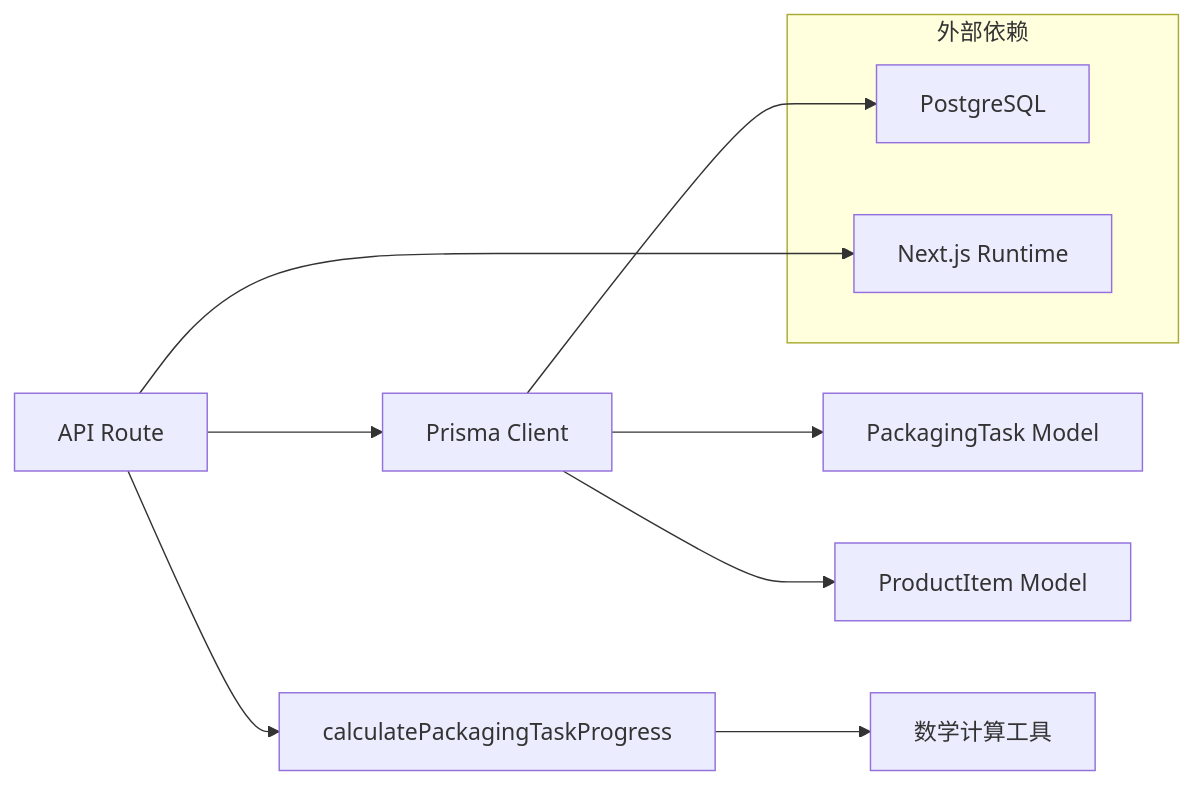
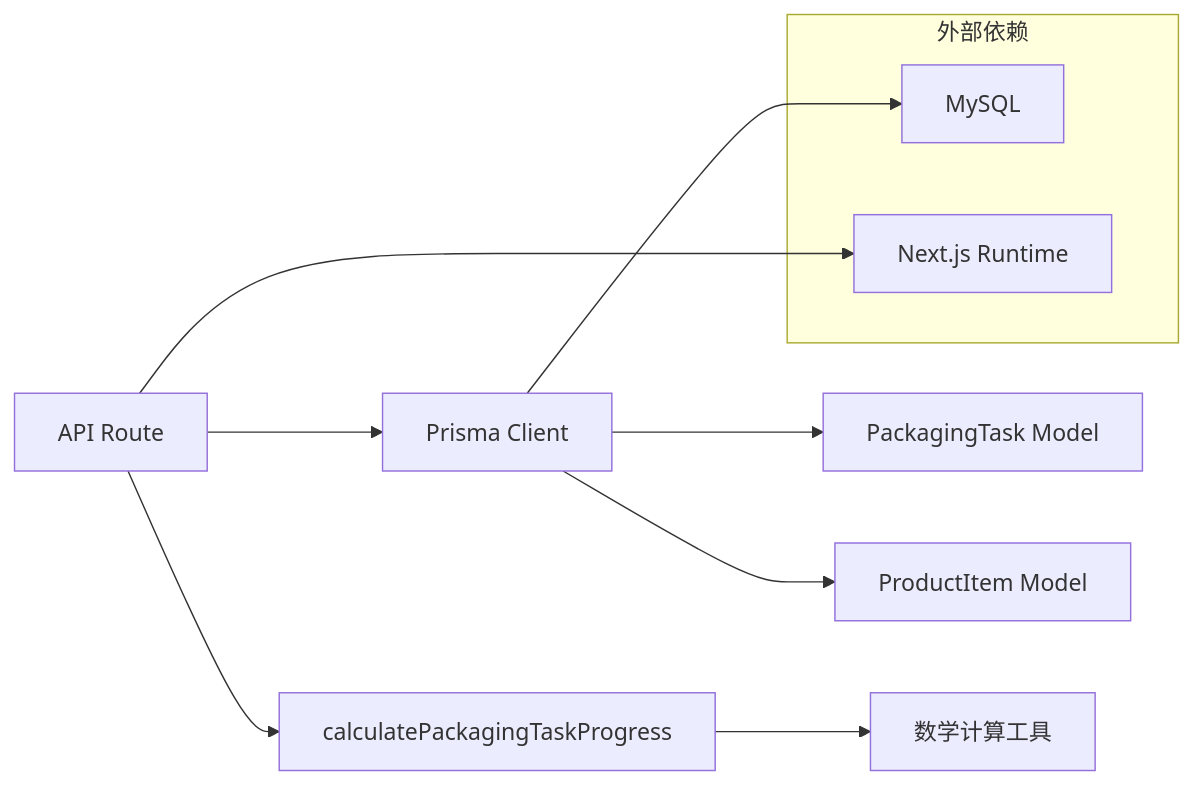
One commit to rn1024/easy-erp-web changed the second of 3 diagrams in docs/包装任务进度实时计算/DESIGN_包装任务进度实时计算.md. Above: the diagram before and after it, drawn with Mermaid. The commit also changed other lines of this file and 20 other files, not shown here.

````diff
--- a/docs/包装任务进度实时计算/DESIGN_包装任务进度实时计算.md
+++ b/docs/包装任务进度实时计算/DESIGN_包装任务进度实时计算.md
@@ -110,16 +109,16 @@
 ```mermaid
 graph LR
     A[API Route] --> B[Prisma Client]
     A --> C[calculatePackagingTaskProgress]
     B --> D[PackagingTask Model]
     B --> E[ProductItem Model]
     C --> F[数学计算工具]
     
     subgraph "外部依赖"
-        G[PostgreSQL]
+        G[MySQL]
         H[Next.js Runtime]
     end
     
     B --> G
     A --> H
 ```
````
